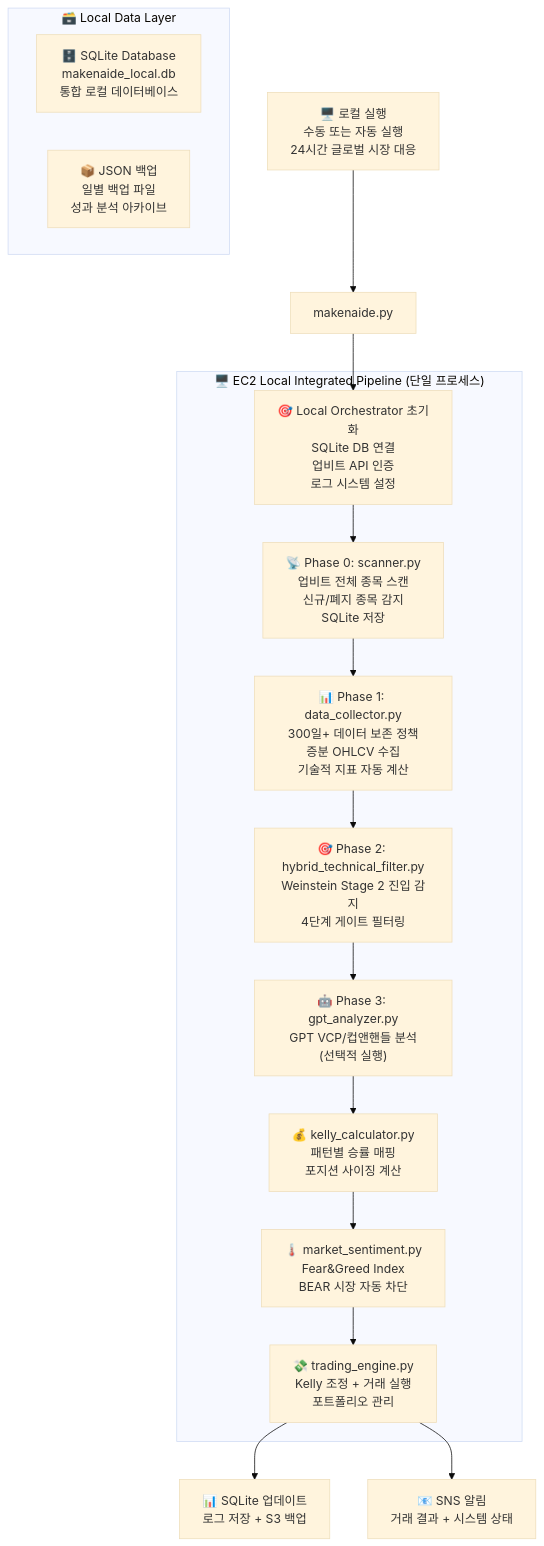
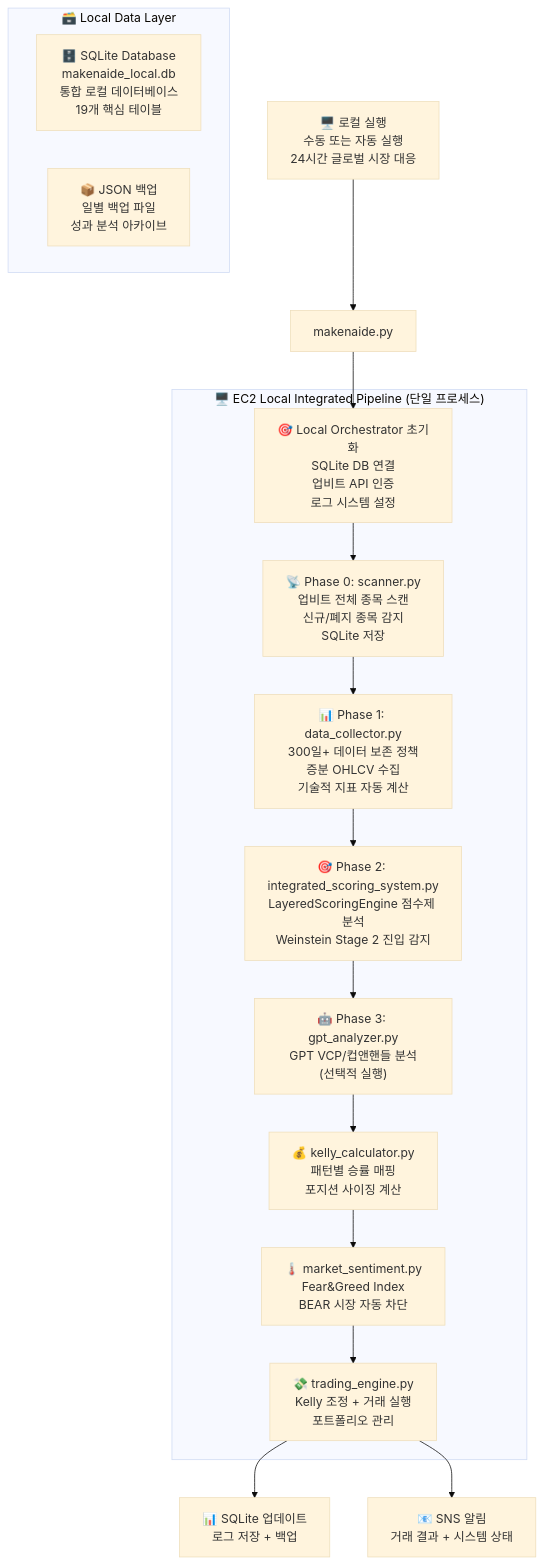
The diagram in README.MD (jsj9346/makenaide), drawn with Mermaid (base theme) before and after one commit. The commit also changed other lines of this file and 10 other files, not shown here.

First line of the commit message:
feat: Implement portfolio auto-sync system and enhance technical indicators

````diff
--- a/README.MD
+++ b/README.MD
@@ -28,24 +28,24 @@
 ```mermaid
 graph TD
     A1["🖥️ 로컬 실행<br/>수동 또는 자동 실행<br/>24시간 글로벌 시장 대응"] --> B[makenaide.py]
 
     B --> C["🎯 Local Orchestrator 초기화<br/>SQLite DB 연결<br/>업비트 API 인증<br/>로그 시스템 설정"]
 
     subgraph "🖥️ EC2 Local Integrated Pipeline (단일 프로세스)"
         C --> D["📡 Phase 0: scanner.py<br/>업비트 전체 종목 스캔<br/>신규/폐지 종목 감지<br/>SQLite 저장"]
         D --> E["📊 Phase 1: data_collector.py<br/>300일+ 데이터 보존 정책<br/>증분 OHLCV 수집<br/>기술적 지표 자동 계산"]
-        E --> F["🎯 Phase 2: hybrid_technical_filter.py<br/>Weinstein Stage 2 진입 감지<br/>4단계 게이트 필터링"]
+        E --> F["🎯 Phase 2: integrated_scoring_system.py<br/>LayeredScoringEngine 점수제 분석<br/>Weinstein Stage 2 진입 감지"]
         F --> G["🤖 Phase 3: gpt_analyzer.py<br/>GPT VCP/컵앤핸들 분석<br/>(선택적 실행)"]
         G --> H["💰 kelly_calculator.py<br/>패턴별 승률 매핑<br/>포지션 사이징 계산"]
         H --> I["🌡️ market_sentiment.py<br/>Fear&Greed Index<br/>BEAR 시장 자동 차단"]
         I --> J["💸 trading_engine.py<br/>Kelly 조정 + 거래 실행<br/>포트폴리오 관리"]
     end
 
-    J --> K["📊 SQLite 업데이트<br/>로그 저장 + S3 백업"]
+    J --> K["📊 SQLite 업데이트<br/>로그 저장 + 백업"]
     J --> L["📧 SNS 알림<br/>거래 결과 + 시스템 상태"]
 
     subgraph "🗃️ Local Data Layer"
-        M["🗄️ SQLite Database<br/>makenaide_local.db<br/>통합 로컬 데이터베이스"]
+        M["🗄️ SQLite Database<br/>makenaide_local.db<br/>통합 로컬 데이터베이스<br/>19개 핵심 테이블"]
         N["📦 JSON 백업<br/>일별 백업 파일<br/>성과 분석 아카이브"]
     end
 ```
````
